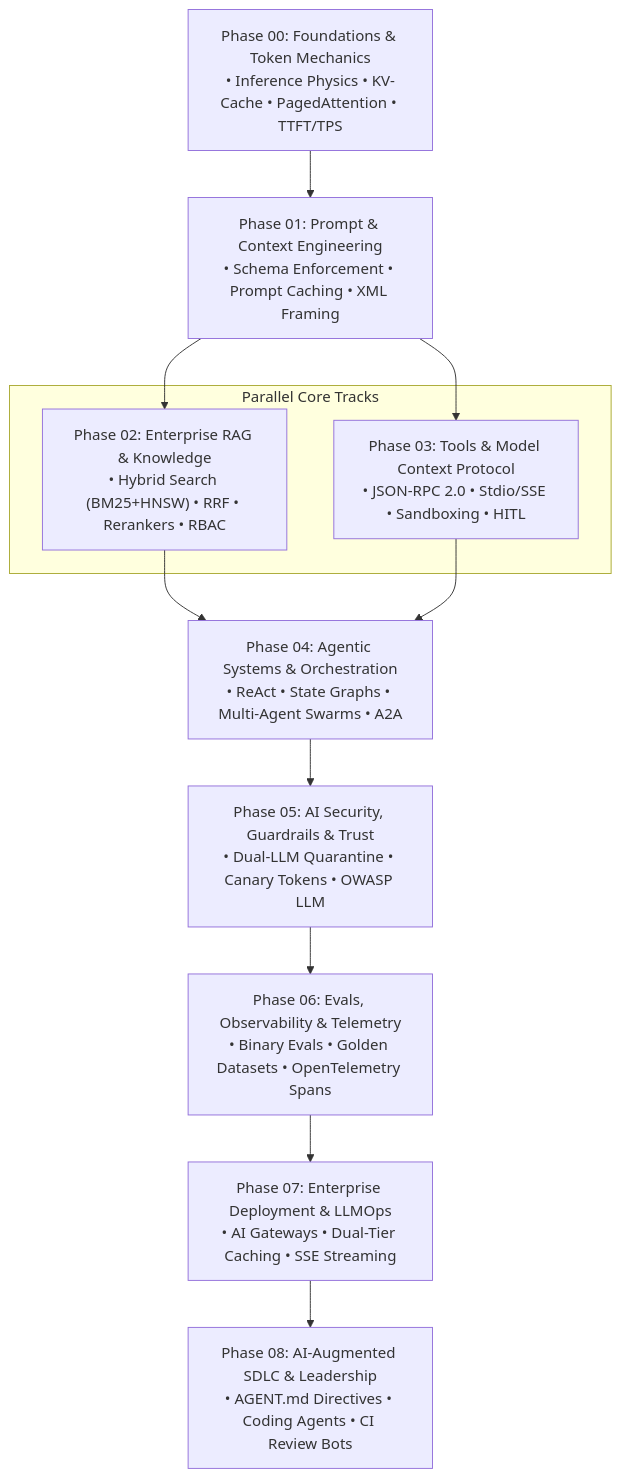
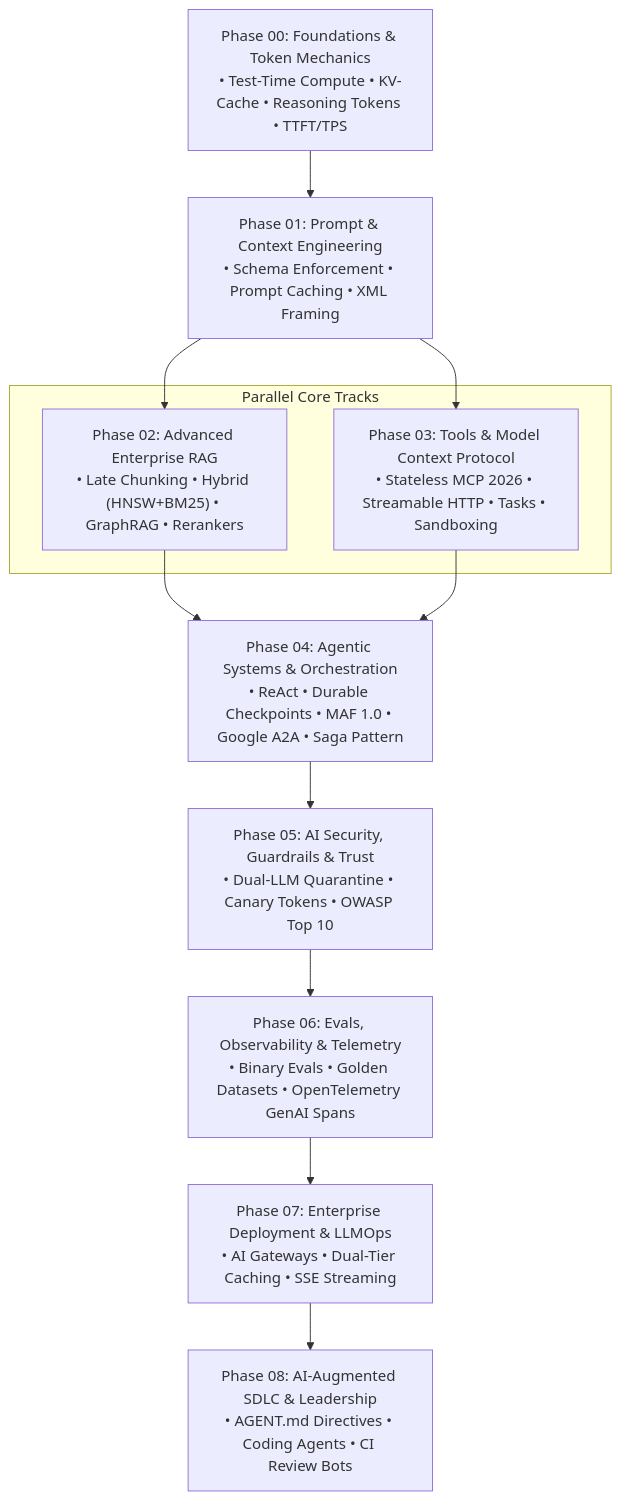
Before and after one commit to dip4k/senior-engineer-to-ai-engineer-roadmap: the second of 4 diagrams in README.md, drawn with Mermaid. The commit also changed other lines of this file and 39 other files, not shown here.

First line of the commit message:
Enhance use case documentation for Enterprise AI, including new architectural standards and resilience implementations

````diff
--- a/README.md
+++ b/README.md
@@ -38,20 +46,20 @@
 ```mermaid
 flowchart TD
-    S0["Phase 00: Foundations & Token Mechanics<br>• Inference Physics • KV-Cache • PagedAttention • TTFT/TPS"] --> S1
+    S0["Phase 00: Foundations & Token Mechanics<br>• Test-Time Compute • KV-Cache • Reasoning Tokens • TTFT/TPS"] --> S1
     S1["Phase 01: Prompt & Context Engineering<br>• Schema Enforcement • Prompt Caching • XML Framing"] --> S2
     S1 --> S3
     
     subgraph CoreTracks["Parallel Core Tracks"]
-        S2["Phase 02: Enterprise RAG & Knowledge<br>• Hybrid Search (BM25+HNSW) • RRF • Rerankers • RBAC"]
-        S3["Phase 03: Tools & Model Context Protocol<br>• JSON-RPC 2.0 • Stdio/SSE • Sandboxing • HITL"]
+        S2["Phase 02: Advanced Enterprise RAG<br>• Late Chunking • Hybrid (HNSW+BM25) • GraphRAG • Rerankers"]
+        S3["Phase 03: Tools & Model Context Protocol<br>• Stateless MCP 2026 • Streamable HTTP • Tasks • Sandboxing"]
     end
     
     S2 --> S4
     S3 --> S4
     
-    S4["Phase 04: Agentic Systems & Orchestration<br>• ReAct • State Graphs • Multi-Agent Swarms • A2A"] --> S5
-    S5["Phase 05: AI Security, Guardrails & Trust<br>• Dual-LLM Quarantine • Canary Tokens • OWASP LLM"] --> S6
-    S6["Phase 06: Evals, Observability & Telemetry<br>• Binary Evals • Golden Datasets • OpenTelemetry Spans"] --> S7
+    S4["Phase 04: Agentic Systems & Orchestration<br>• ReAct • Durable Checkpoints • MAF 1.0 • Google A2A • Saga Pattern"] --> S5
+    S5["Phase 05: AI Security, Guardrails & Trust<br>• Dual-LLM Quarantine • Canary Tokens • OWASP Top 10"] --> S6
+    S6["Phase 06: Evals, Observability & Telemetry<br>• Binary Evals • Golden Datasets • OpenTelemetry GenAI Spans"] --> S7
     S7["Phase 07: Enterprise Deployment & LLMOps<br>• AI Gateways • Dual-Tier Caching • SSE Streaming"] --> S8
     S8["Phase 08: AI-Augmented SDLC & Leadership<br>• AGENT.md Directives • Coding Agents • CI Review Bots"]
 ```
````
